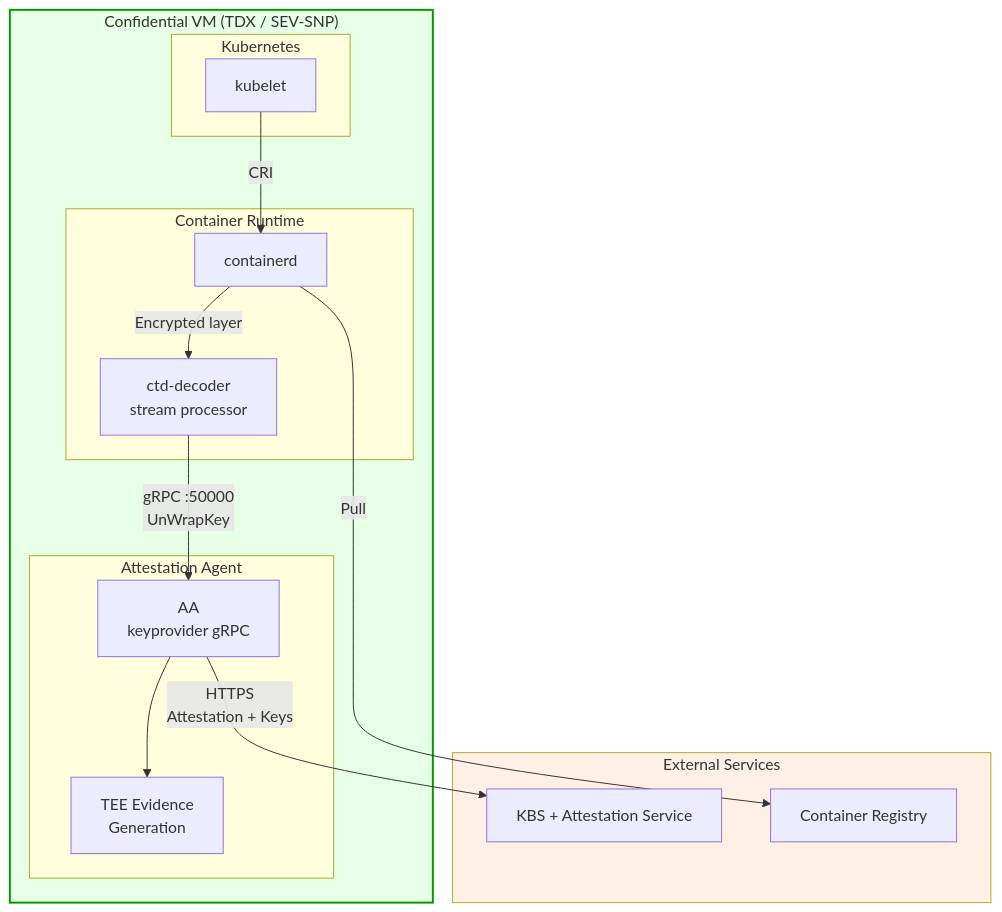
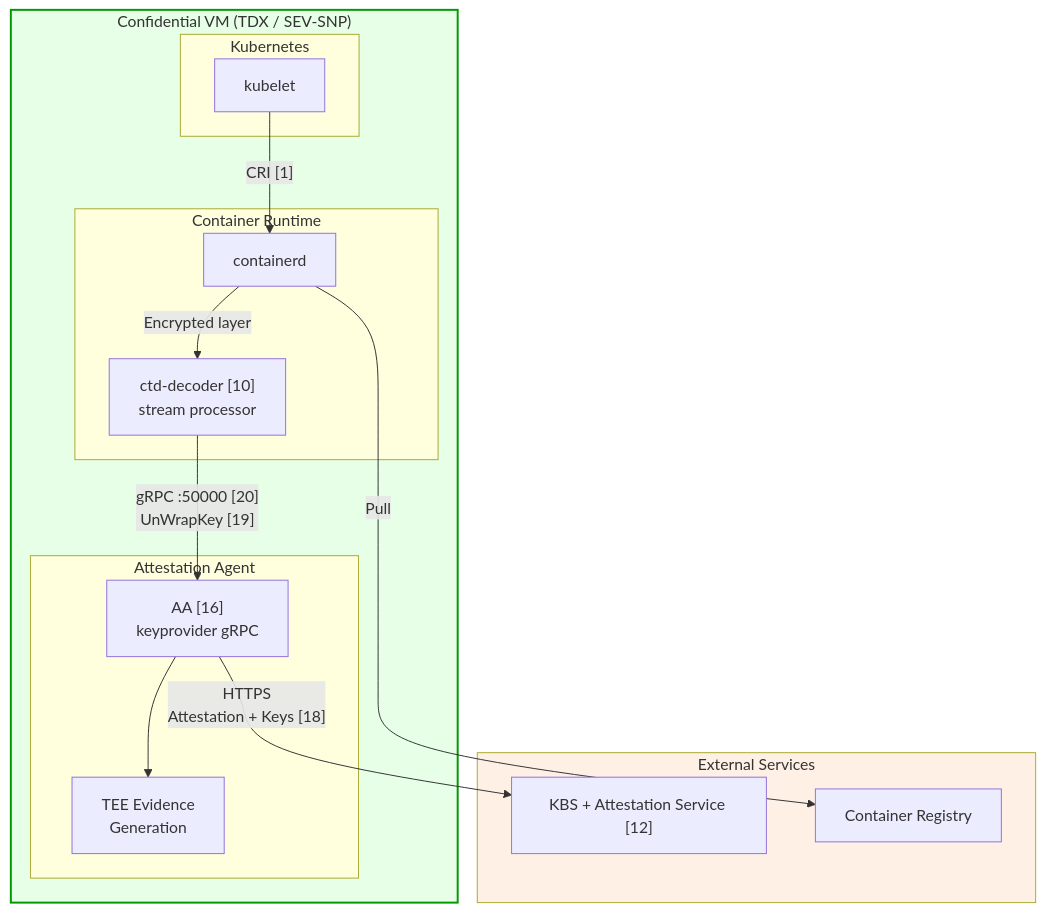
One commit to scontain/encrypted_container_images changed the eighth of 14 diagrams in PROPOSAL.md. Above: the diagram before and after it, drawn with Mermaid. The commit also changed other lines of this file, not shown here.

````diff
--- a/PROPOSAL.md
+++ b/PROPOSAL.md
@@ -387,34 +396,34 @@
 ```mermaid
 flowchart TB
     subgraph CVM["Confidential VM (TDX / SEV-SNP)"]
         subgraph K8s["Kubernetes"]
             KL[kubelet]
         end
         
         subgraph Runtime["Container Runtime"]
             CD[containerd]
-            CTD[ctd-decoder<br/>stream processor]
+            CTD["ctd-decoder [10]<br/>stream processor"]
         end
         
         subgraph AA_Box["Attestation Agent"]
-            AA[AA<br/>keyprovider gRPC]
+            AA["AA [16]<br/>keyprovider gRPC"]
             TEE[TEE Evidence<br/>Generation]
         end
     end
     
     subgraph External["External Services"]
-        KBS[KBS + Attestation Service]
+        KBS["KBS + Attestation Service [12]"]
         REG[Container Registry]
     end
     
-    KL -->|"CRI"| CD
+    KL -->|"CRI [1]"| CD
     CD -->|"Encrypted layer"| CTD
-    CTD -->|"gRPC :50000<br/>UnWrapKey"| AA
+    CTD -->|"gRPC :50000 [20]<br/>UnWrapKey [19]"| AA
     AA --> TEE
     
     CD -->|"Pull"| REG
-    AA -->|"HTTPS<br/>Attestation + Keys"| KBS
+    AA -->|"HTTPS<br/>Attestation + Keys [18]"| KBS
     
     style CVM fill:#E6FFE6,stroke:#009900,stroke-width:2px
     style External fill:#FFF0E6
 ```
````
